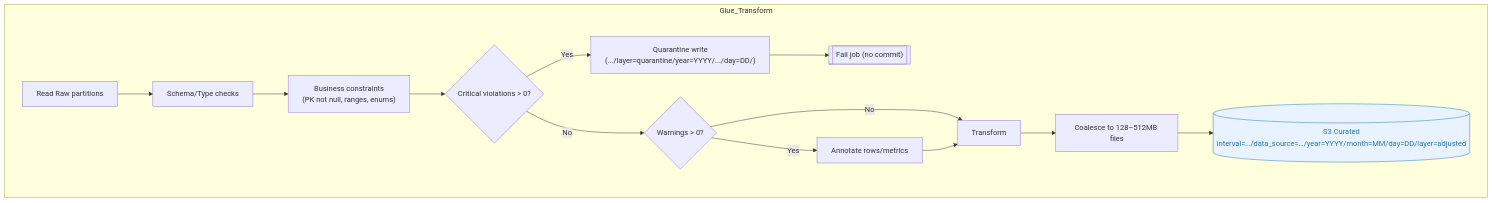
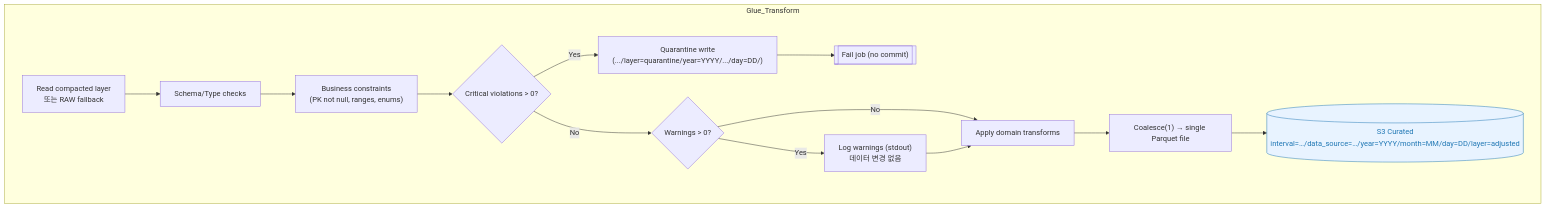
Before and after one commit to keemgdeok/fin-forge-pipeline: the diagram in docs/diagrams/transform/04-data-quality-gate.md, drawn with Mermaid. The commit also changed 6 other files, not shown here.

````diff
--- a/docs/diagrams/transform/04-data-quality-gate.md
+++ b/docs/diagrams/transform/04-data-quality-gate.md
@@ -1,19 +1,19 @@
 ```mermaid
 flowchart TD
   subgraph Glue_Transform
-    R["Read Raw partitions"] --> S["Schema/Type checks"]
+    R["Read compacted layer<br/>또는 RAW fallback"] --> S["Schema/Type checks"]
     S --> C["Business constraints<br/>(PK not null, ranges, enums)"]
     C --> D{Critical violations > 0?}
     D -->|Yes| Q["Quarantine write<br/>(.../layer=quarantine/year=YYYY/.../day=DD/)"]
     Q --> F[["Fail job (no commit)"]]
     D -->|No| W{Warnings > 0?}
-    W -->|Yes| AN["Annotate rows/metrics"]
-    W -->|No| T["Transform"]
+    W -->|Yes| AN["Log warnings (stdout)<br/>데이터 변경 없음"]
+    W -->|No| T["Apply domain transforms"]
     AN --> T
-    T --> CO["Coalesce to 128–512MB files"]
+    T --> CO["Coalesce(1) → single Parquet file"]
     CO --> CUR[("S3 Curated<br/>interval=…/data_source=…/year=YYYY/month=MM/day=DD/layer=adjusted")]
   end
 
   classDef store fill:#e8f3ff,stroke:#1f77b4,color:#1f77b4;
   class CUR store;
 ```
````
